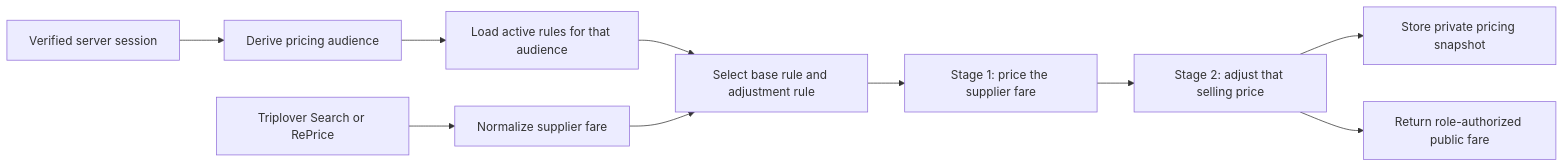
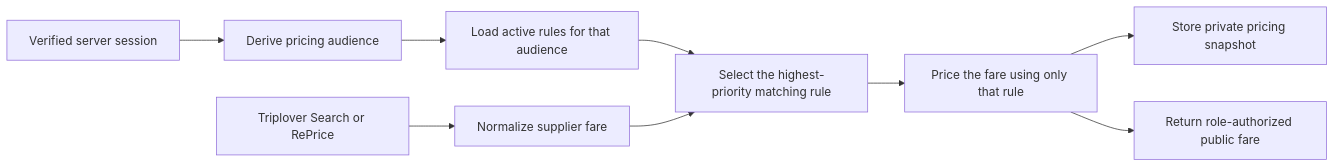
One commit to babuas25/kaliganjtravel changed the diagram in MARKUP.md. Above: the diagram before and after it, drawn with Mermaid. The commit also changed other lines of this file and 10 other files, not shown here.

Commit message:
Apply only the highest-priority matching markup rule

````diff
--- a/MARKUP.md
+++ b/MARKUP.md
@@ -37,12 +36,11 @@
 ```mermaid
 flowchart LR
     A["Verified server session"] --> B["Derive pricing audience"]
     B --> C["Load active rules for that audience"]
     D["Triplover Search or RePrice"] --> E["Normalize supplier fare"]
-    C --> F["Select base rule and adjustment rule"]
+    C --> F["Select the highest-priority matching rule"]
     E --> F
-    F --> G["Stage 1: price the supplier fare"]
-    G --> H["Stage 2: adjust that selling price"]
-    H --> I["Store private pricing snapshot"]
-    H --> J["Return role-authorized public fare"]
+    F --> G["Price the fare using only that rule"]
+    G --> I["Store private pricing snapshot"]
+    G --> J["Return role-authorized public fare"]
 ```
````
